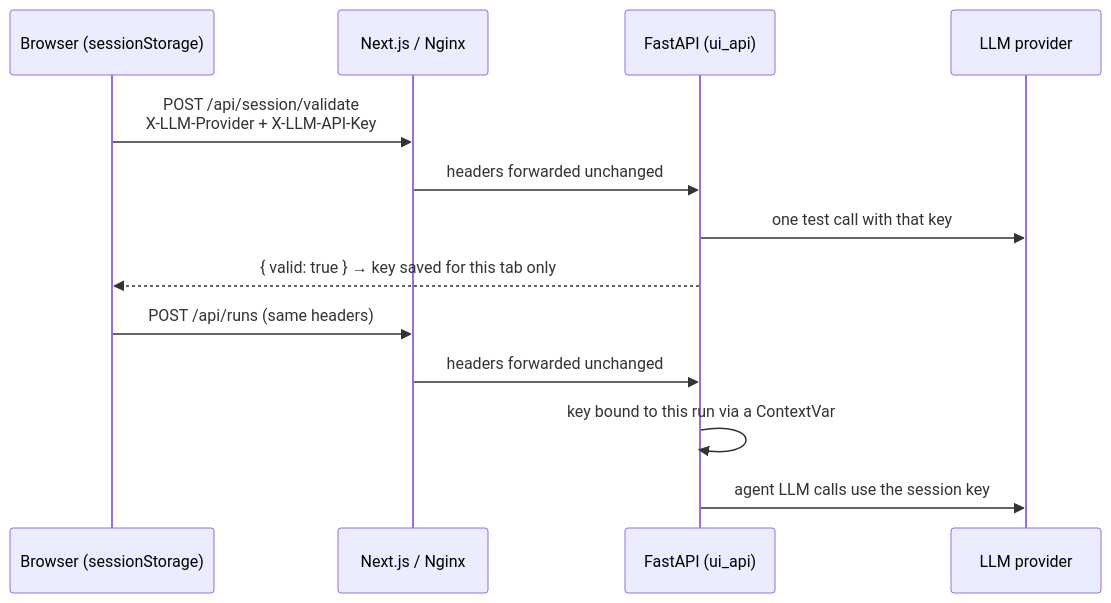
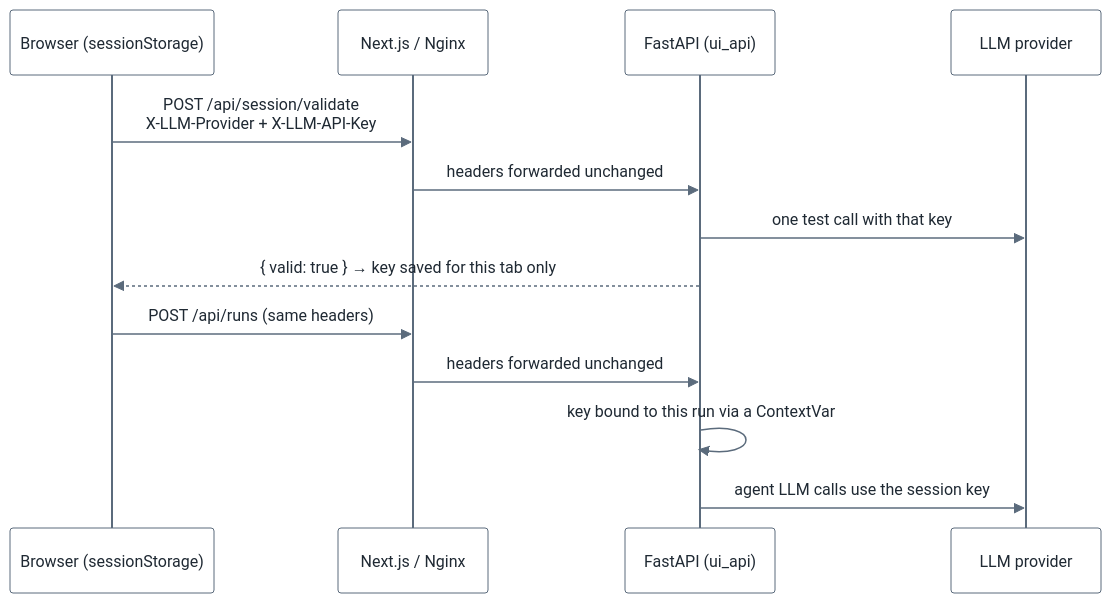
One commit to himanshu1573/Drug-disovery-multiple-agent changed the first of 2 diagrams in README.md. Above: the diagram before and after it, drawn with Mermaid. The commit also changed other lines of this file, not shown here.

Commit message:
docs: force a white theme on the README diagrams
Both Mermaid diagrams followed GitHub's dark theme, which made them hard
to read. Pin theme "base" with white node/background fills and dark text
so they render light in both GitHub themes.

Verified by rendering both diagrams with mermaid-cli 10.9.8.

````diff
--- a/README.md
+++ b/README.md
@@ -66,15 +66,16 @@
 ```mermaid
+%%{init: {"theme":"base","themeVariables":{"background":"#ffffff","primaryColor":"#ffffff","primaryTextColor":"#1f2933","primaryBorderColor":"#5b6b7c","lineColor":"#5b6b7c","secondaryColor":"#f4f6f8","tertiaryColor":"#ffffff","noteBkgColor":"#f4f6f8","noteTextColor":"#1f2933","actorBkg":"#ffffff","actorBorder":"#5b6b7c","actorTextColor":"#1f2933","signalColor":"#5b6b7c","signalTextColor":"#1f2933","labelBoxBkgColor":"#ffffff","labelTextColor":"#1f2933","sequenceNumberColor":"#ffffff"}}}%%
 sequenceDiagram
     participant B as Browser (sessionStorage)
     participant W as Next.js / Nginx
     participant A as FastAPI (ui_api)
     participant L as LLM provider
     B->>W: POST /api/session/validate<br/>X-LLM-Provider + X-LLM-API-Key
     W->>A: headers forwarded unchanged
     A->>L: one test call with that key
     A-->>B: { valid: true }  → key saved for this tab only
     B->>W: POST /api/runs (same headers)
     W->>A: headers forwarded unchanged
     A->>A: key bound to this run via a ContextVar
     A->>L: agent LLM calls use the session key
 ```
````
